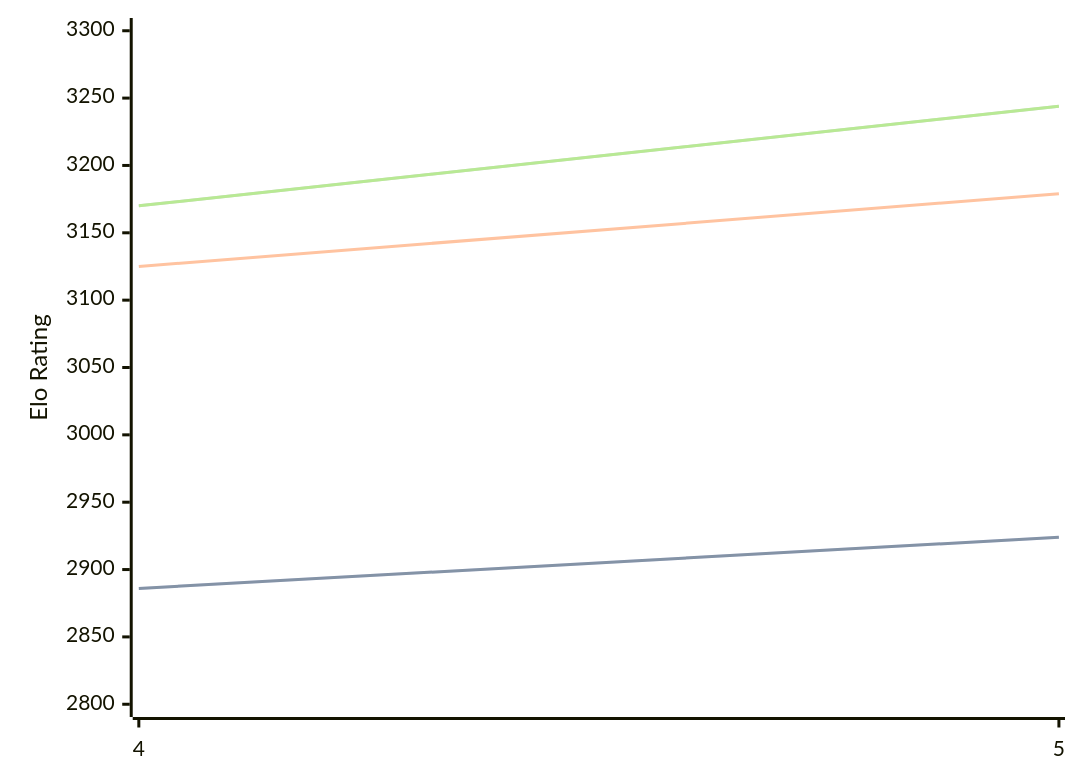
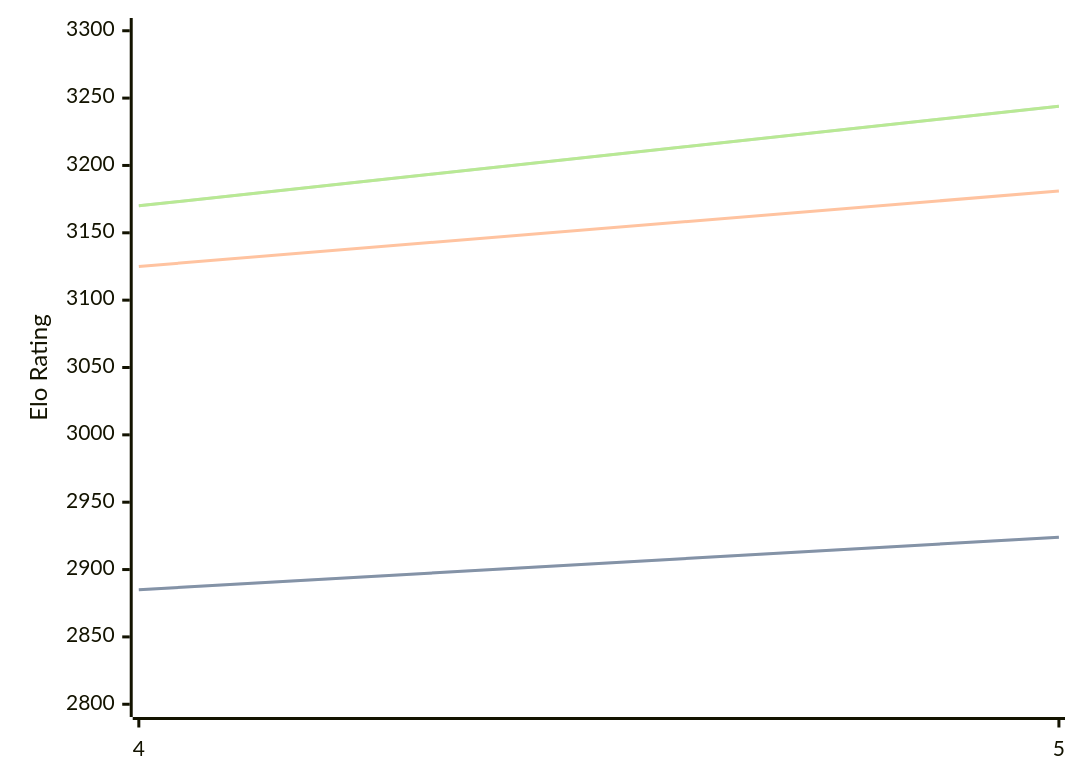
One commit to computer-chess-index/cci changed the diagram in engines/Cwtch.md. Above: the diagram before and after it, drawn with Mermaid. The commit also changed other lines of this file, not shown here.

Commit message:
Update CCI Ratings (ELO VLTC) - 2026-04-28

````diff
--- a/engines/Cwtch.md
+++ b/engines/Cwtch.md
@@ -34,11 +34,11 @@
 ```mermaid
 %%{init: {"theme":"base","themeVariables":{"seriesColors:['#a3a3a3','#222221','#faa371']}}}%%
 xychart-beta
   x-axis ["4", "5"]
   y-axis "Elo Rating" 2800 --> 3300
-  line "STC (8.0+0.08s)" [2886, 2924]
-  line "STC (8.0+0.08s)" [2886, 2924]
-  line "LTC (60.0+0.60s)" [3125, 3179]
+  line "STC (8.0+0.08s)" [2885, 2924]
+  line "STC (8.0+0.08s)" [2885, 2924]
+  line "LTC (60.0+0.60s)" [3125, 3181]
   line "VLTC (2m24s+1.12s)" [3170, 3244]
   line "VLTC (2m24s+1.12s)" [3170, 3244]
 ```
````
